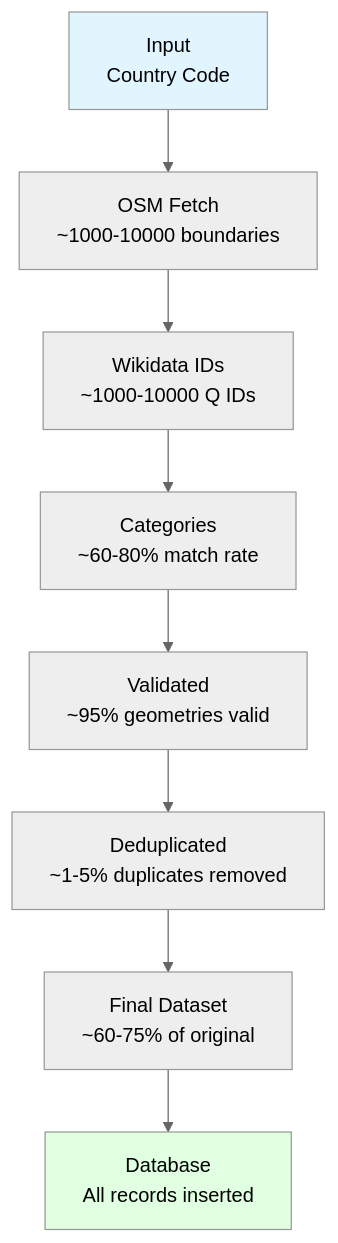
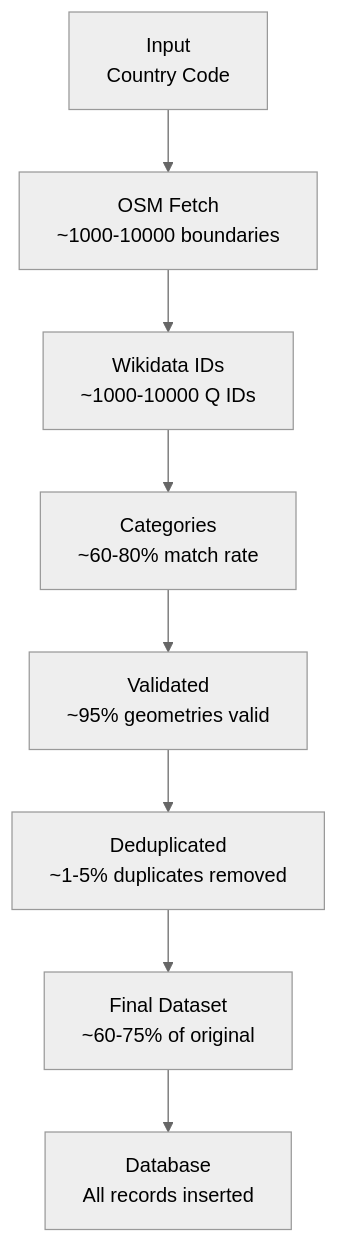
The third of 12 diagrams in docs/import/visual-overview.md (DaxServer/geocode-commons-categories), drawn with Mermaid (neutral theme) before and after one commit. The commit also changed other lines of this file and 5 other files, not shown here.

````diff
--- a/docs/import/visual-overview.md
+++ b/docs/import/visual-overview.md
@@ -88,21 +79,19 @@
 ```mermaid
 graph TD
     INPUT[Input<br/>Country Code]
 
     INPUT --> OSM[OSM Fetch<br/>~1000-10000 boundaries]
 
     OSM --> WD_IDS[Wikidata IDs<br/>~1000-10000 Q IDs]
 
     WD_IDS --> WD_CAT[Categories<br/>~60-80% match rate]
 
     WD_CAT --> VALID[Validated<br/>~95% geometries valid]
 
     VALID --> DEDUP[Deduplicated<br/>~1-5% duplicates removed]
 
     DEDUP --> FINAL[Final Dataset<br/>~60-75% of original]
 
     FINAL --> DB[Database<br/>All records inserted]
 
-    style INPUT fill:#e1f5ff
-    style DB fill:#e1ffe1
 ```
````
